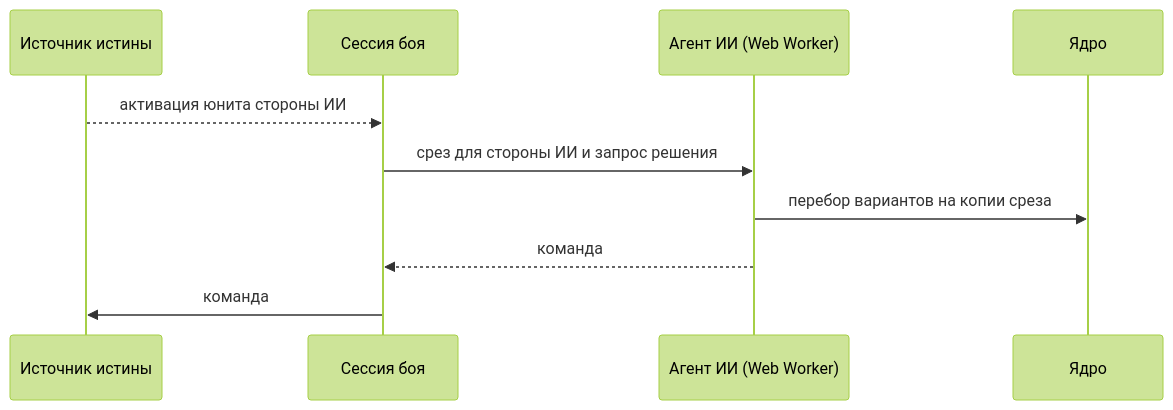
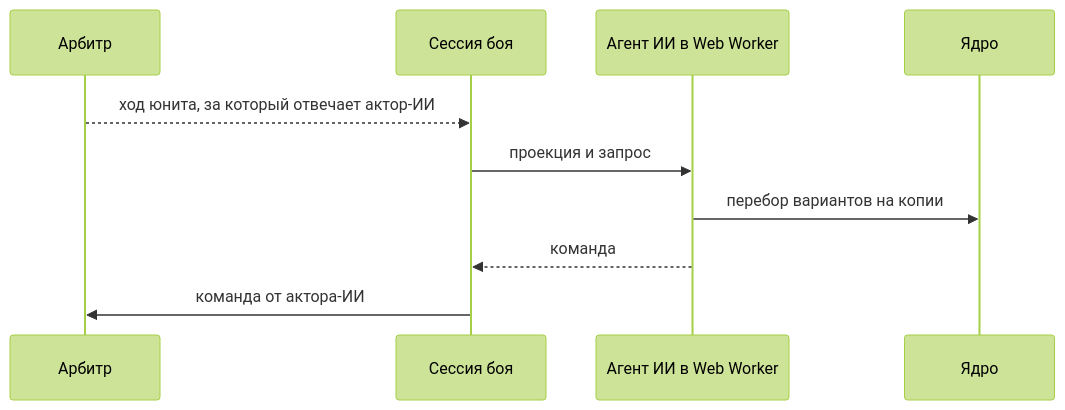
The third of 5 diagrams in docs/architecture/05-runtime.md (LinKav20/Heroes2dBattleGame), drawn with Mermaid (forest theme) before and after one commit. The commit also changed other lines of this file and 53 other files, not shown here.

````diff
--- a/docs/architecture/05-runtime.md
+++ b/docs/architecture/05-runtime.md
@@ -76,12 +82,12 @@
 ```mermaid
 sequenceDiagram
-  participant A as Источник истины
+  participant A as Арбитр
   participant S as Сессия боя
-  participant W as Агент ИИ (Web Worker)
+  participant W as Агент ИИ в Web Worker
   participant K as Ядро
-  A-->>S: активация юнита стороны ИИ
-  S->>W: срез для стороны ИИ и запрос решения
-  W->>K: перебор вариантов на копии среза
+  A-->>S: ход юнита, за который отвечает актор-ИИ
+  S->>W: проекция и запрос
+  W->>K: перебор вариантов на копии
   W-->>S: команда
-  S->>A: команда
+  S->>A: команда от актора-ИИ
 ```
````
